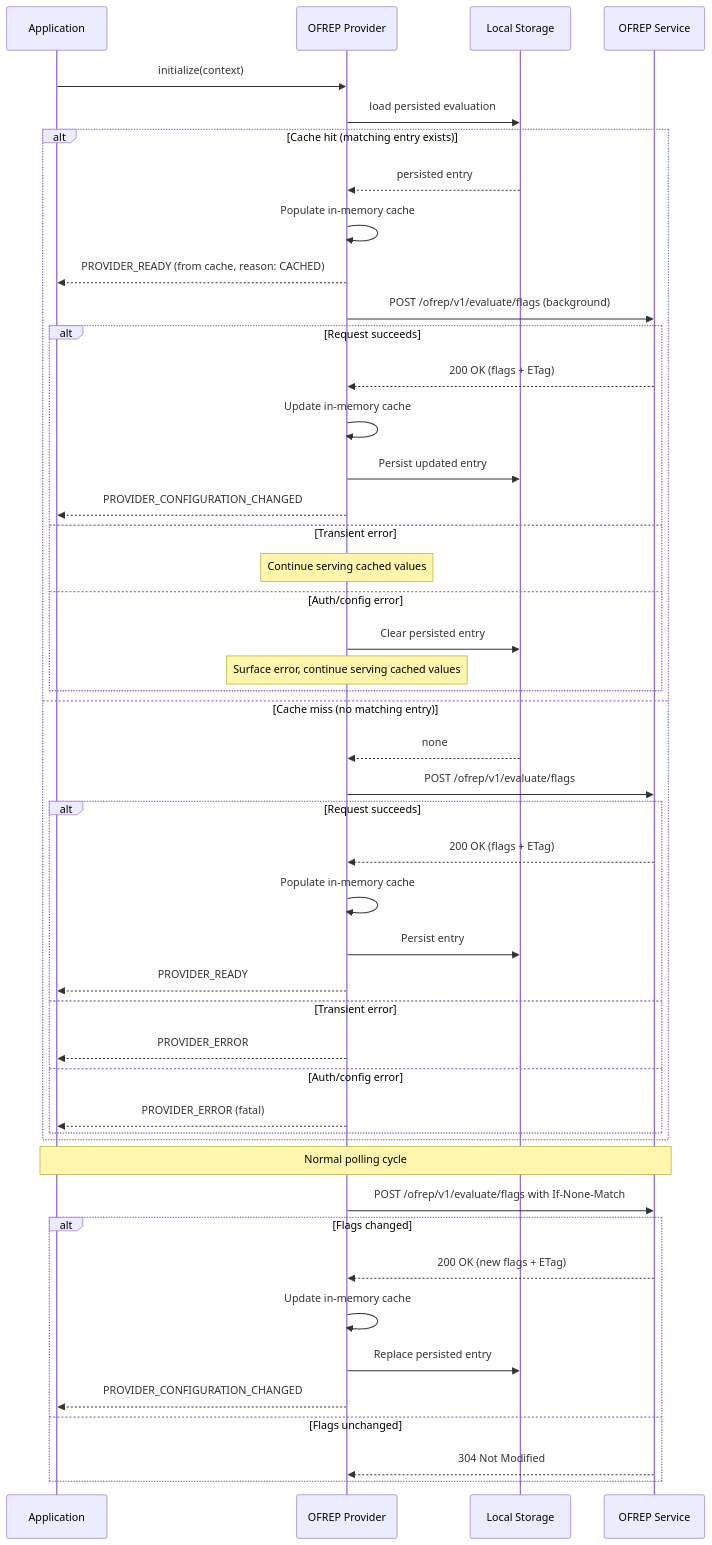
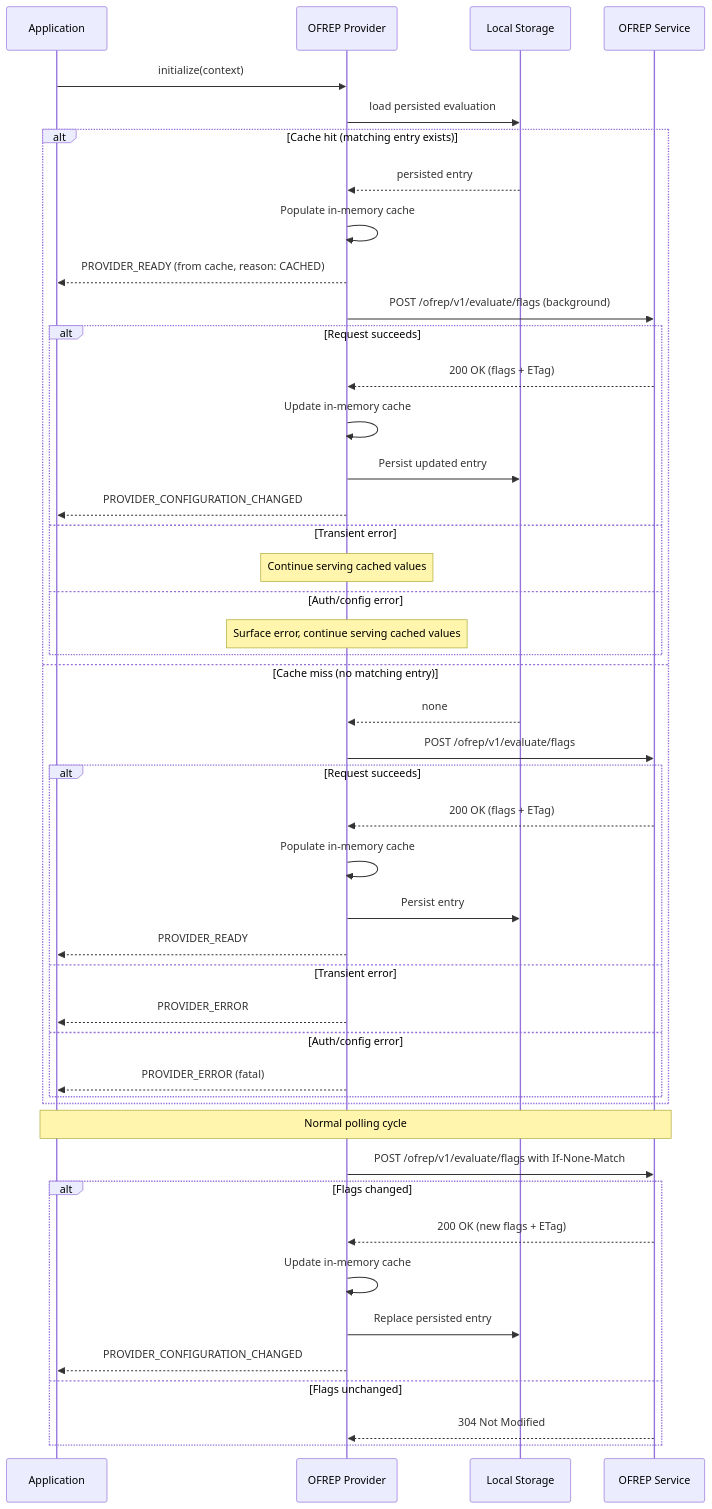
One commit to open-feature/protocol changed the diagram in service/adrs/0009-localStorageForStaticContextProviders.md. Above: the diagram before and after it, drawn with Mermaid. The commit also changed other lines of this file, not shown here.

First line of the commit message:
docs(adr): keep persisted cache on auth errors, rely on TTL for expiry

````diff
--- a/service/adrs/0009-localStorageForStaticContextProviders.md
+++ b/service/adrs/0009-localStorageForStaticContextProviders.md
@@ -77,51 +77,50 @@
 ```mermaid
 sequenceDiagram
     participant App as Application
     participant Provider as OFREP Provider
     participant Storage as Local Storage
     participant Server as OFREP Service
 
     App->>Provider: initialize(context)
     Provider->>Storage: load persisted evaluation
     alt Cache hit (matching entry exists)
         Storage-->>Provider: persisted entry
         Provider->>Provider: Populate in-memory cache
         Provider-->>App: PROVIDER_READY (from cache, reason: CACHED)
         Provider->>Server: POST /ofrep/v1/evaluate/flags (background)
         alt Request succeeds
             Server-->>Provider: 200 OK (flags + ETag)
             Provider->>Provider: Update in-memory cache
             Provider->>Storage: Persist updated entry
             Provider-->>App: PROVIDER_CONFIGURATION_CHANGED
         else Transient error
             Note over Provider: Continue serving cached values
         else Auth/config error
-            Provider->>Storage: Clear persisted entry
             Note over Provider: Surface error, continue serving cached values
         end
     else Cache miss (no matching entry)
         Storage-->>Provider: none
         Provider->>Server: POST /ofrep/v1/evaluate/flags
         alt Request succeeds
             Server-->>Provider: 200 OK (flags + ETag)
             Provider->>Provider: Populate in-memory cache
             Provider->>Storage: Persist entry
             Provider-->>App: PROVIDER_READY
         else Transient error
             Provider-->>App: PROVIDER_ERROR
         else Auth/config error
             Provider-->>App: PROVIDER_ERROR (fatal)
         end
     end
 
     Note over App,Server: Normal polling cycle
     Provider->>Server: POST /ofrep/v1/evaluate/flags with If-None-Match
     alt Flags changed
         Server-->>Provider: 200 OK (new flags + ETag)
         Provider->>Provider: Update in-memory cache
         Provider->>Storage: Replace persisted entry
         Provider-->>App: PROVIDER_CONFIGURATION_CHANGED
     else Flags unchanged
         Server-->>Provider: 304 Not Modified
     end
 ```
````
